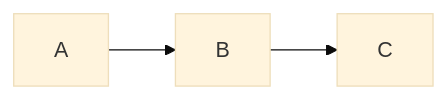
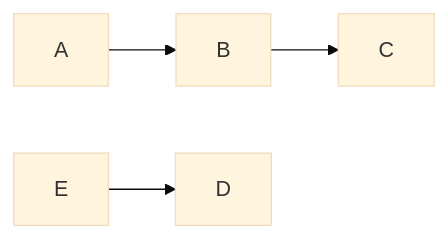
One commit to CarstenSavage47/data-analytics changed the first of 4 diagrams in Mermaid_Test.md. Above: the diagram before and after it, drawn with Mermaid (base theme).

Commit message:
Making some new edits

````diff
--- a/Mermaid_Test.md
+++ b/Mermaid_Test.md
@@ -2,4 +2,5 @@
 ```mermaid
 flowchart LR 
     A --> B --> C
+    E --> D
 ```
````
